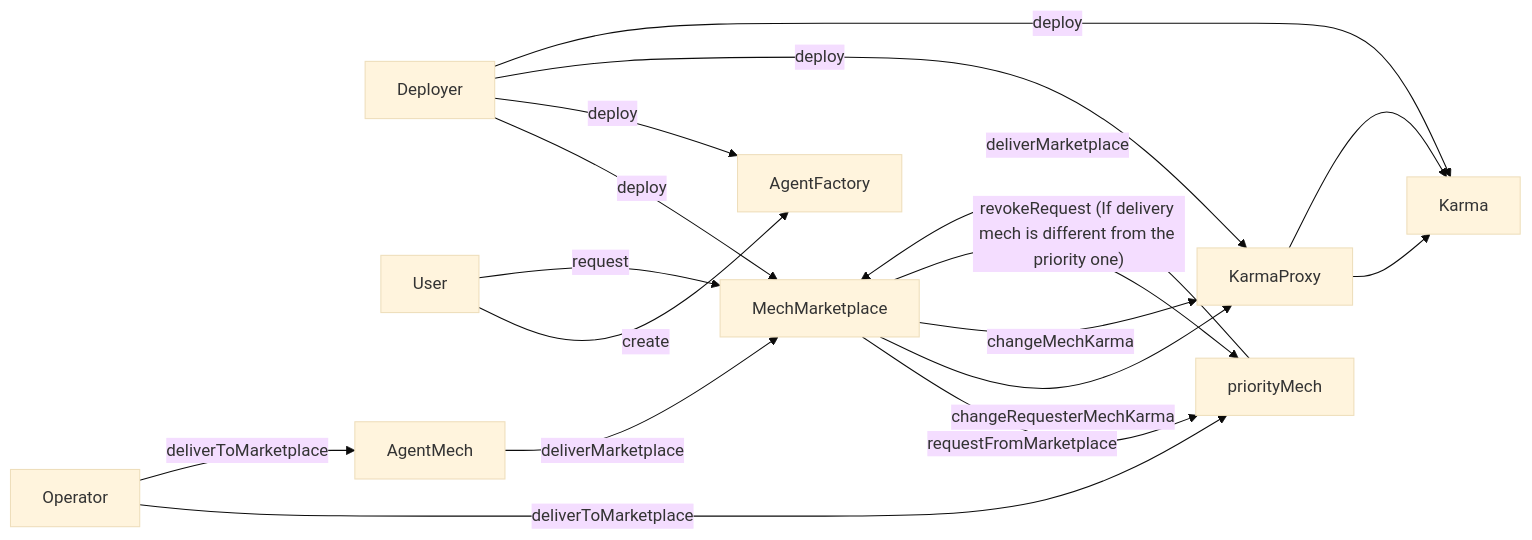
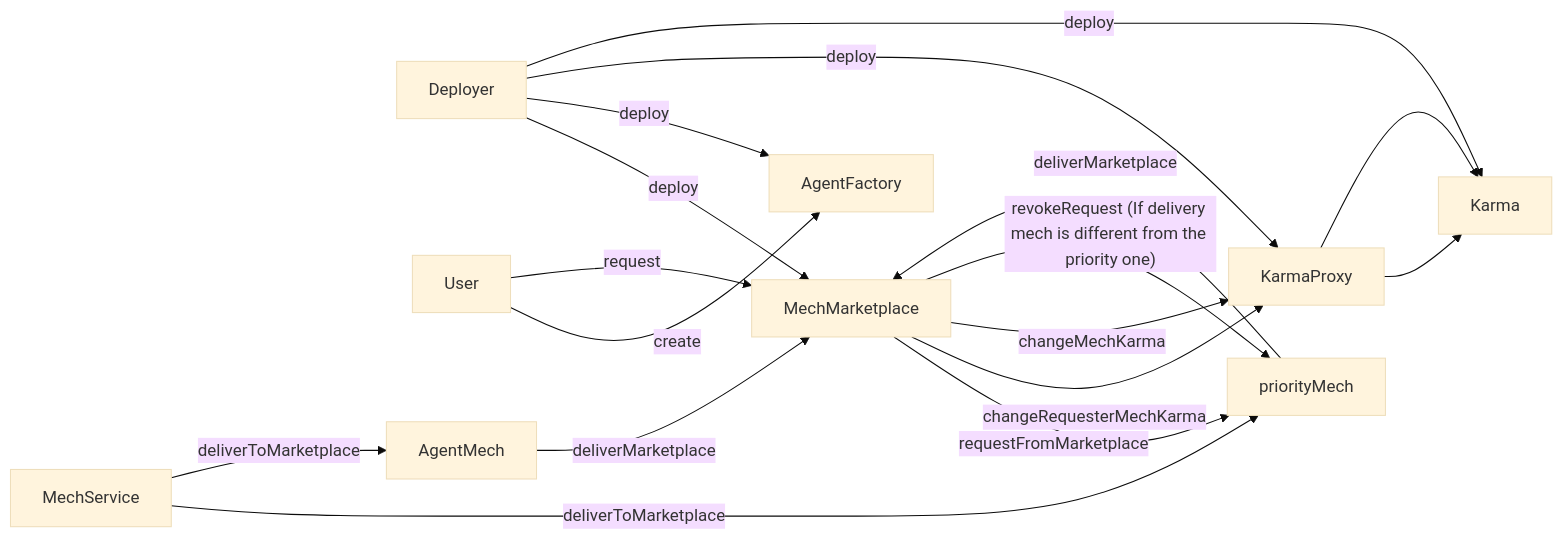
Before and after one commit to valory-xyz/ai-registry-mech: the diagram in README.md, drawn with Mermaid (base theme). The commit also changed 1 other file, not shown here.

````diff
--- a/README.md
+++ b/README.md
@@ -71,12 +71,12 @@
 ```mermaid
 flowchart LR
     Deployer -- deploy --> MechMarketplace
     Deployer -- deploy --> AgentFactory
     Deployer -- deploy --> KarmaProxy 
     Deployer -- deploy --> Karma
     User -- create --> AgentFactory
     User -- request --> MechMarketplace -- requestFromMarketplace --> priorityMech 
     MechMarketplace -- changeRequesterMechKarma --> KarmaProxy --> Karma
-    Operator -- deliverToMarketplace --> priorityMech -- deliverMarketplace --> MechMarketplace -- changeMechKarma --> KarmaProxy --> Karma
-    Operator -- deliverToMarketplace --> AgentMech -- deliverMarketplace --> MechMarketplace -- revokeRequest (If delivery mech is different from the priority one) --> priorityMech
+    MechService -- deliverToMarketplace --> priorityMech -- deliverMarketplace --> MechMarketplace -- changeMechKarma --> KarmaProxy --> Karma
+    MechService -- deliverToMarketplace --> AgentMech -- deliverMarketplace --> MechMarketplace -- revokeRequest (If delivery mech is different from the priority one) --> priorityMech
 ```
````
